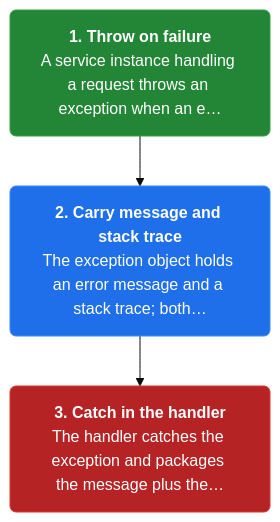
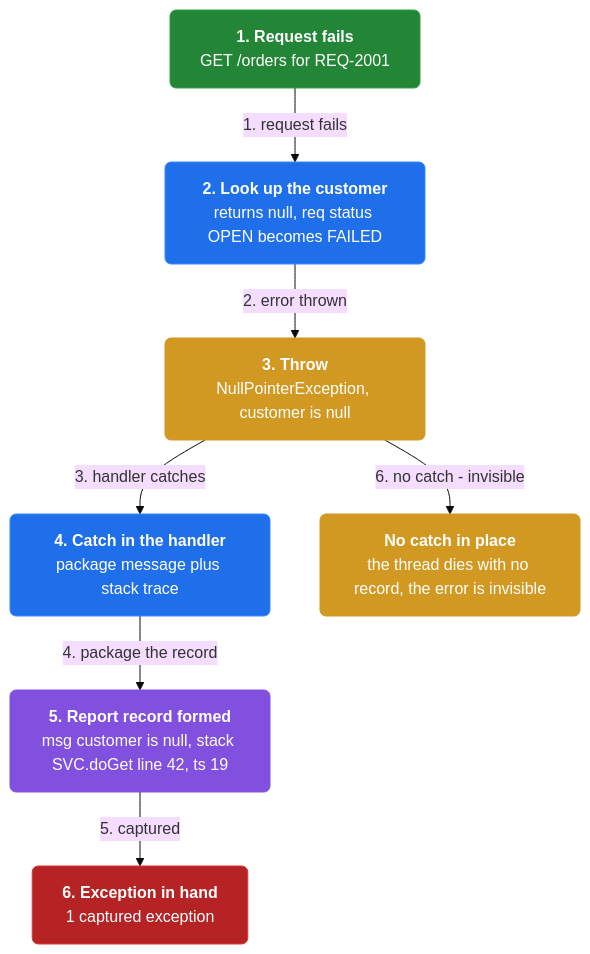
The first of 4 diagrams in docs/ch34-exception-tracking.md (vinayakuber/microservices-io-study-guide), drawn with Mermaid (base theme) before and after one commit. The commit also changed other lines of this file and 46 other files, not shown here.

First line of the commit message:
Author rich branching flow diagrams for all 44 chapters

````diff
--- a/docs/ch34-exception-tracking.md
+++ b/docs/ch34-exception-tracking.md
@@ -13,11 +13,21 @@
 ```mermaid
 flowchart TD
-  classDef step fill:#1f6feb,color:#ffffff,stroke:#388bfd,stroke-width:1px,rx:6
+  classDef step fill:#1f6feb,color:#ffffff,stroke:#388bfd,rx:6
+  classDef core fill:#8250df,color:#ffffff,stroke:#8250df,rx:6
+  classDef warn fill:#d29922,color:#ffffff,stroke:#d29922,rx:6
   classDef start fill:#238636,color:#ffffff,stroke:#2ea043,rx:6
   classDef stop fill:#b62324,color:#ffffff,stroke:#da3633,rx:6
-  s0n0["<b>1. Throw on failure</b><br/>A service instance handling a request throws an exception when an e…"]:::start
-  s0n1["<b>2. Carry message and stack trace</b><br/>The exception object holds an error message and a stack trace; both…"]:::step
-  s0n2["<b>3. Catch in the handler</b><br/>The handler catches the exception and packages the message plus the…"]:::stop
-  s0n0 --> s0n1
-  s0n1 --> s0n2
+n0["<b>1. Request fails</b><br/>GET /orders for REQ-2001"]:::start
+  n1["<b>2. Look up the customer</b><br/>returns null, req status OPEN becomes FAILED"]:::step
+  n2["<b>3. Throw</b><br/>NullPointerException, customer is null"]:::warn
+  n3["<b>4. Catch in the handler</b><br/>package message plus stack trace"]:::step
+  n4["<b>5. Report record formed</b><br/>msg customer is null, stack SVC.doGet line 42, ts 19"]:::core
+  n5["<b>6. Exception in hand</b><br/>1 captured exception"]:::stop
+  n6["<b>No catch in place</b><br/>the thread dies with no record, the error is invisible"]:::warn
+  n0 -->|"1. request fails"| n1
+  n1 -->|"2. error thrown"| n2
+  n2 -->|"3. handler catches"| n3
+  n3 -->|"4. package the record"| n4
+  n4 -->|"5. captured"| n5
+  n2 -->|"6. no catch - invisible"| n6
 ```
````
